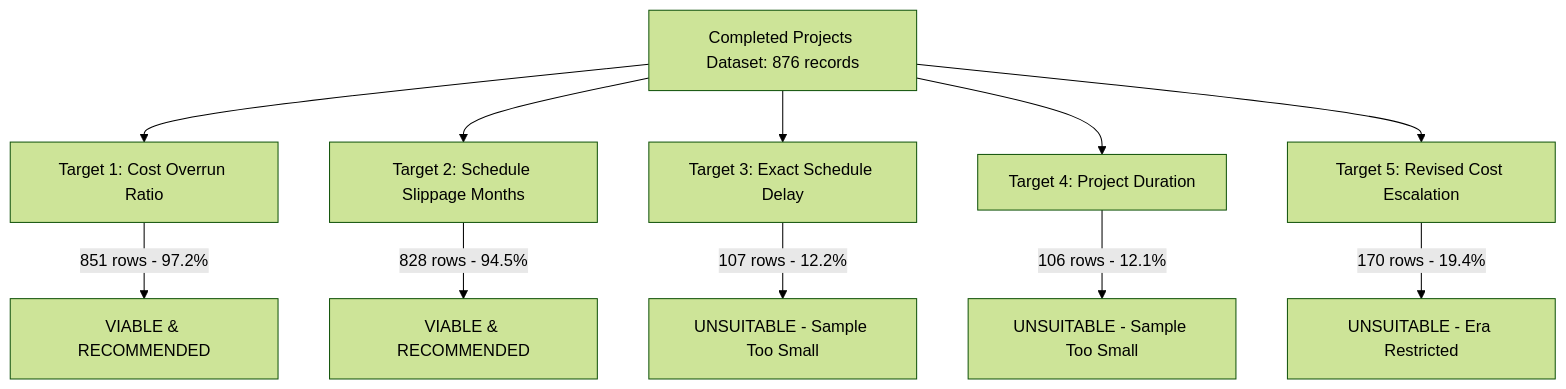
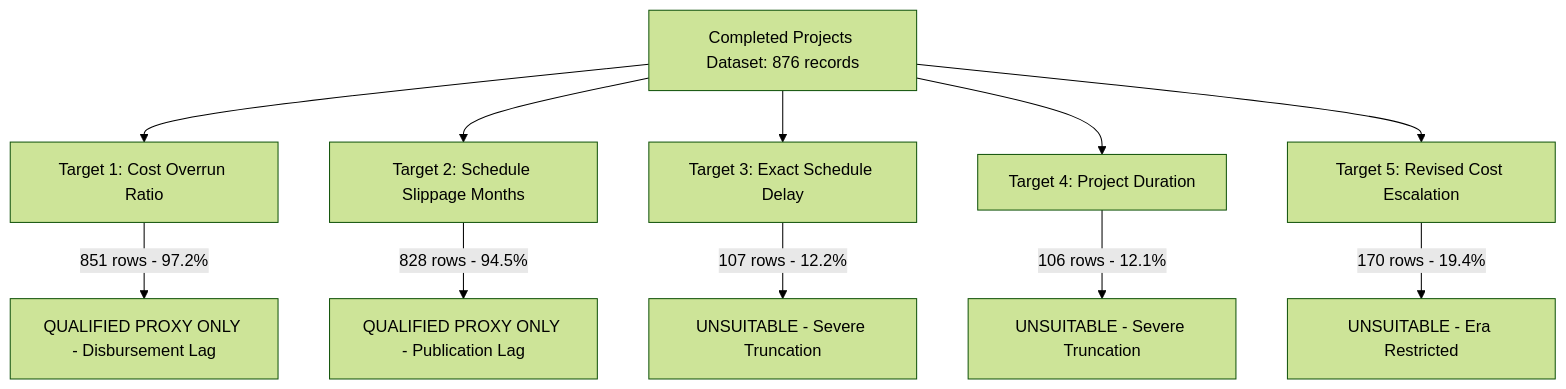
One commit to daksh-madaan5/IRIS changed the diagram in reports/ml/completed_projects_readiness_audit.md. Above: the diagram before and after it, drawn with Mermaid (forest theme). The commit also changed other lines of this file and 2 other files, not shown here.

````diff
--- a/reports/ml/completed_projects_readiness_audit.md
+++ b/reports/ml/completed_projects_readiness_audit.md
@@ -199,14 +208,14 @@
 ```mermaid
 graph TD
     A[Completed Projects Dataset: 876 records] --> B[Target 1: Cost Overrun Ratio]
     A --> C[Target 2: Schedule Slippage Months]
     A --> D[Target 3: Exact Schedule Delay]
     A --> E[Target 4: Project Duration]
     A --> F[Target 5: Revised Cost Escalation]
     
-    B -->|851 rows - 97.2%| G[VIABLE & RECOMMENDED]
-    C -->|828 rows - 94.5%| H[VIABLE & RECOMMENDED]
-    D -->|107 rows - 12.2%| I[UNSUITABLE - Sample Too Small]
-    E -->|106 rows - 12.1%| J[UNSUITABLE - Sample Too Small]
+    B -->|851 rows - 97.2%| G[QUALIFIED PROXY ONLY - Disbursement Lag]
+    C -->|828 rows - 94.5%| H[QUALIFIED PROXY ONLY - Publication Lag]
+    D -->|107 rows - 12.2%| I[UNSUITABLE - Severe Truncation]
+    E -->|106 rows - 12.1%| J[UNSUITABLE - Severe Truncation]
     F -->|170 rows - 19.4%| K[UNSUITABLE - Era Restricted]
 ```
````
